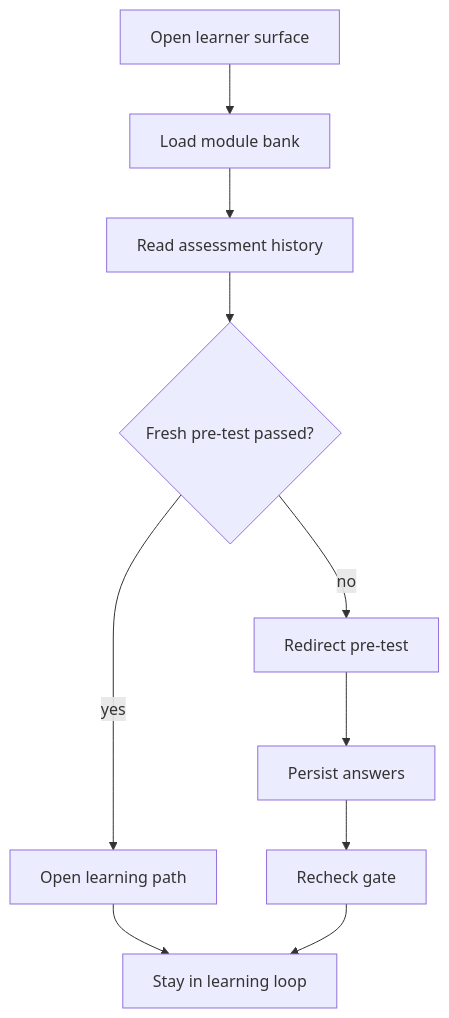
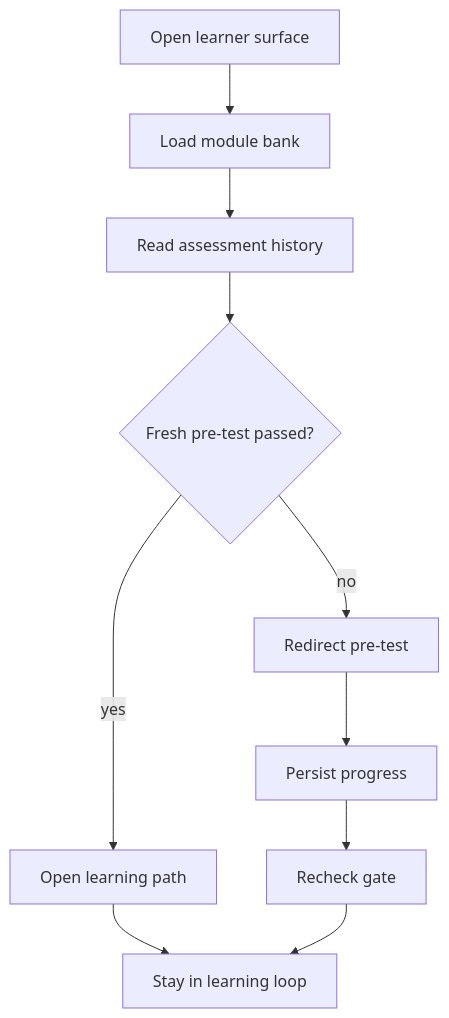
Before and after one commit to JohnAndrewBalbarosa/NeoTerritory: the diagram in docs/Codebase/Frontend/src/components/learn/README.md, drawn with Mermaid. The commit also changed other lines of this file and 10 other files, not shown here.

````diff
--- a/docs/Codebase/Frontend/src/components/learn/README.md
+++ b/docs/Codebase/Frontend/src/components/learn/README.md
@@ -22,15 +23,15 @@
 ```mermaid
 flowchart TD
     Start["Open learner surface"]
     N0["Load module bank"]
     N1["Read assessment history"]
     D0{"Fresh pre-test passed?"}
     N2["Open learning path"]
     N3["Redirect pre-test"]
-    N4["Persist answers"]
+    N4["Persist progress"]
     N5["Recheck gate"]
     End["Stay in learning loop"]
     Start --> N0 --> N1 --> D0
     D0 -->|yes| N2 --> End
     D0 -->|no| N3 --> N4 --> N5 --> End
 ```
````
